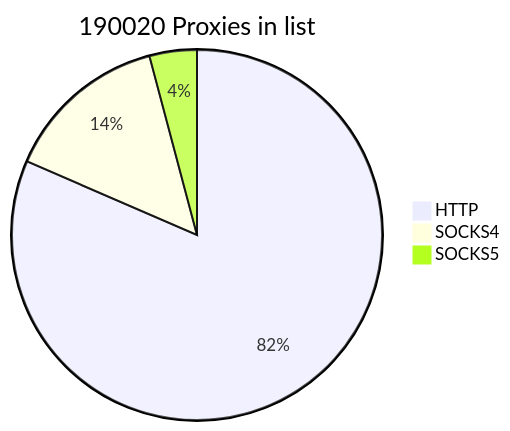
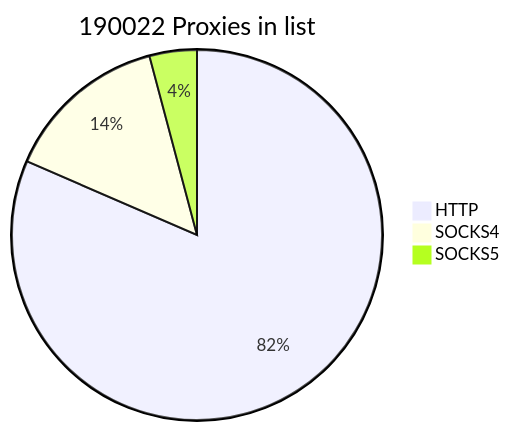
The first of 2 diagrams in README.md (cutipu/proxylist), drawn with Mermaid before and after one commit. The commit also changed other lines of this file, not shown here.

````diff
--- a/README.md
+++ b/README.md
@@ -2,7 +2,7 @@
 ```mermaid
-pie title 190020 Proxies in list
+pie title 190022 Proxies in list
     "HTTP" : 154884
-    "SOCKS4" : 27281
-    "SOCKS5" : 7855
+    "SOCKS4" : 27284
+    "SOCKS5" : 7854
             
 ```
````
